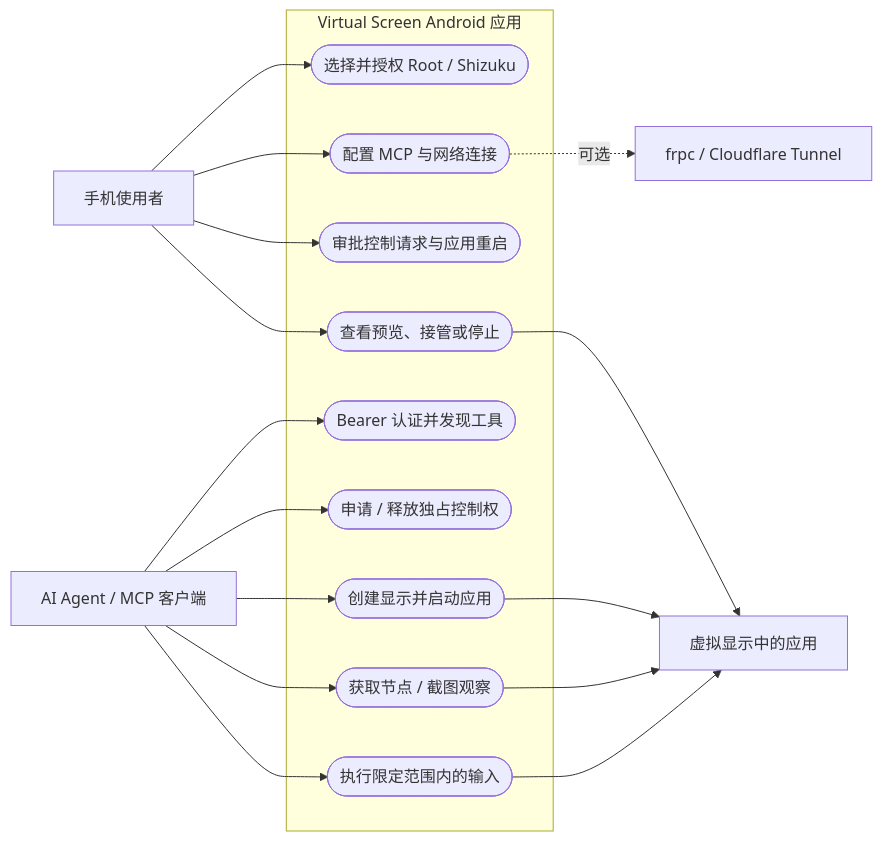
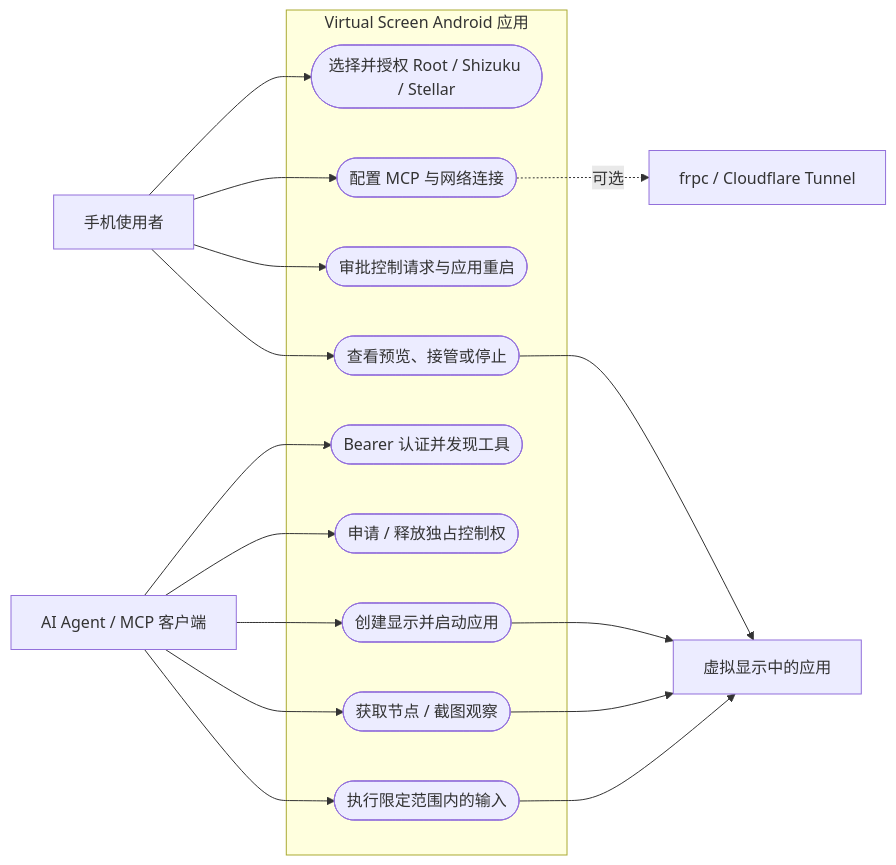
One commit to lejw0925/android-virtual-screen changed the first of 2 diagrams in README.md. Above: the diagram before and after it, drawn with Mermaid. The commit also changed other lines of this file and 5 other files, not shown here.

````diff
--- a/README.md
+++ b/README.md
@@ -67,30 +68,30 @@
 ```mermaid
 flowchart LR
     owner[手机使用者]
     agent[AI Agent / MCP 客户端]
     subgraph app[Virtual Screen Android 应用]
-        authorize([选择并授权 Root / Shizuku])
+        authorize([选择并授权 Root / Shizuku / Stellar])
         configure([配置 MCP 与网络连接])
         approve([审批控制请求与应用重启])
         takeover([查看预览、接管或停止])
         authenticate([Bearer 认证并发现工具])
         lease([申请 / 释放独占控制权])
         manage([创建显示并启动应用])
         observe([获取节点 / 截图观察])
         operate([执行限定范围内的输入])
     end
     owner --> authorize
     owner --> configure
     owner --> approve
     owner --> takeover
     agent --> authenticate
     agent --> lease
     agent --> manage
     agent --> observe
     agent --> operate
     configure -. 可选 .-> tunnel[frpc / Cloudflare Tunnel]
     takeover --> display[虚拟显示中的应用]
     manage --> display
     observe --> display
     operate --> display
 ```
````
